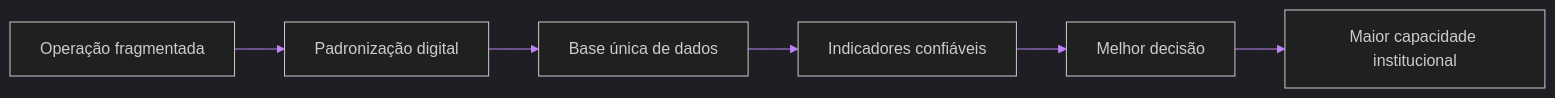
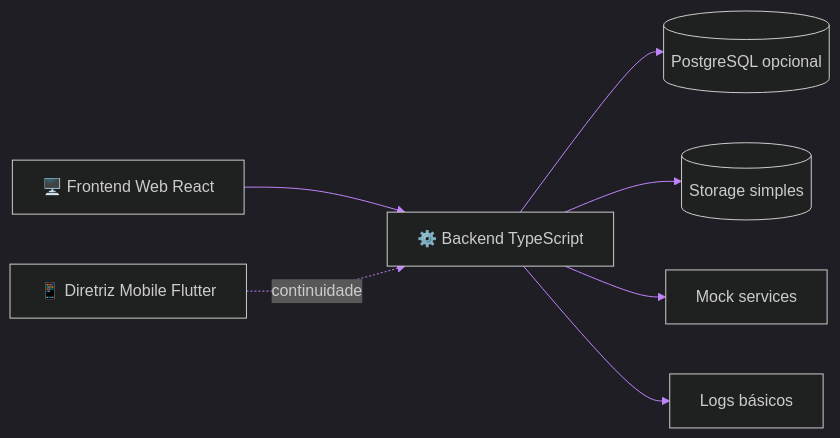
The second of 11 diagrams in Terra Conecta — Proposta Institucional, Comercial e Técnica.md (NickDevHolz/Terra-Conecta), drawn with Mermaid before and after one commit. The commit also changed other lines of this file, not shown here.

Commit message:
Update Terra Conecta — Proposta Institucional, Comercial e Técnica.md

````diff
--- a/Terra Conecta — Proposta Institucional, Comercial e Técnica.md
+++ b/Terra Conecta — Proposta Institucional, Comercial e Técnica.md
@@ -190,19 +165,20 @@
 ```mermaid
 %%{init: {
 'theme':'dark',
 'themeVariables':{
 'background':'#020617',
-'primaryColor':'#0891b2',
+'primaryColor':'#06b6d4',
 'primaryTextColor':'#f8fafc',
 'primaryBorderColor':'#22c55e',
 'lineColor':'#c084fc',
 'secondaryColor':'#0f172a',
 'tertiaryColor':'#111827'
 }}}%%
 flowchart LR
-A[Operação fragmentada] --> B[Padronização digital]
-B --> C[Base única de dados]
-C --> D[Indicadores confiáveis]
-D --> E[Melhor decisão]
-E --> F[Maior capacidade institucional]
+A[🖥️ Frontend Web React] --> B[⚙️ Backend TypeScript]
+C[📱 Diretriz Mobile Flutter] -. continuidade .-> B
+B --> D[(PostgreSQL opcional)]
+B --> E[(Storage simples)]
+B --> F[Mock services]
+B --> G[Logs básicos]
 ```
````
